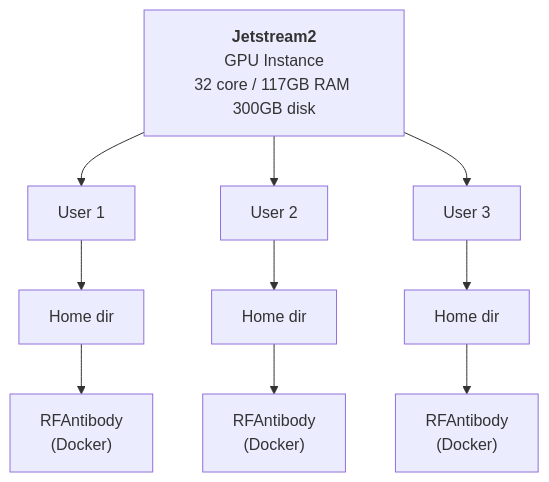
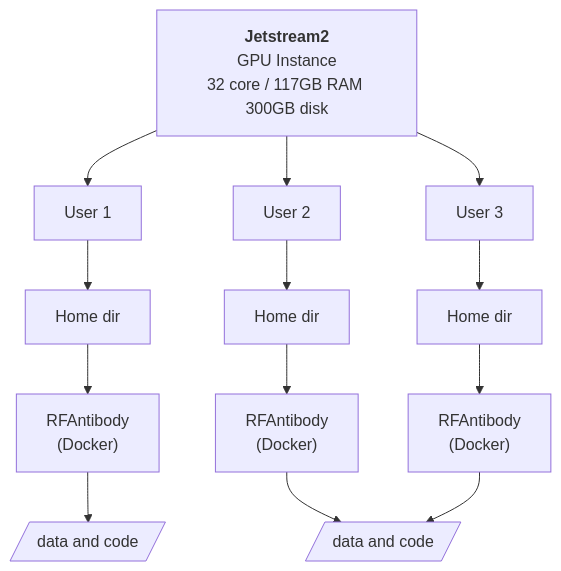
One commit to AntibodyEngineers/2025-Antibodies-and-AI changed the diagram in README.md. Above: the diagram before and after it, drawn with Mermaid.

````diff
--- a/README.md
+++ b/README.md
@@ -7,8 +7,10 @@
 ```mermaid
 flowchart TD
 
-A["<b>Jetstream2</b><br />GPU Instance<br />32 core / 117GB RAM 300GB disk"] --> B[User 1] --> C[Home dir] --> D["RFAntibody<br/>(Docker)"]
-A --> B2[User 2] --> C2[Home dir] --> D2["RFAntibody<br/>(Docker)"]
-A --> B3[User 3] --> C3[Home dir] --> D3["RFAntibody<br/>(Docker)"]
+A["<b>Jetstream2</b><br />GPU Instance<br />32 core / 117GB RAM 300GB disk"]
+  --> B[User 1] --> C[Home dir] --> D["RFAntibody<br/>(Docker)"]
+  --> E[/data and code/]
+A --> B2[User 2] --> C2[Home dir] --> D2["RFAntibody<br/>(Docker)"] --> E2[/data and code/]
+A --> B3[User 3] --> C3[Home dir] --> D3["RFAntibody<br/>(Docker)"] --> E2[/data and code/]
 
 ```
````
